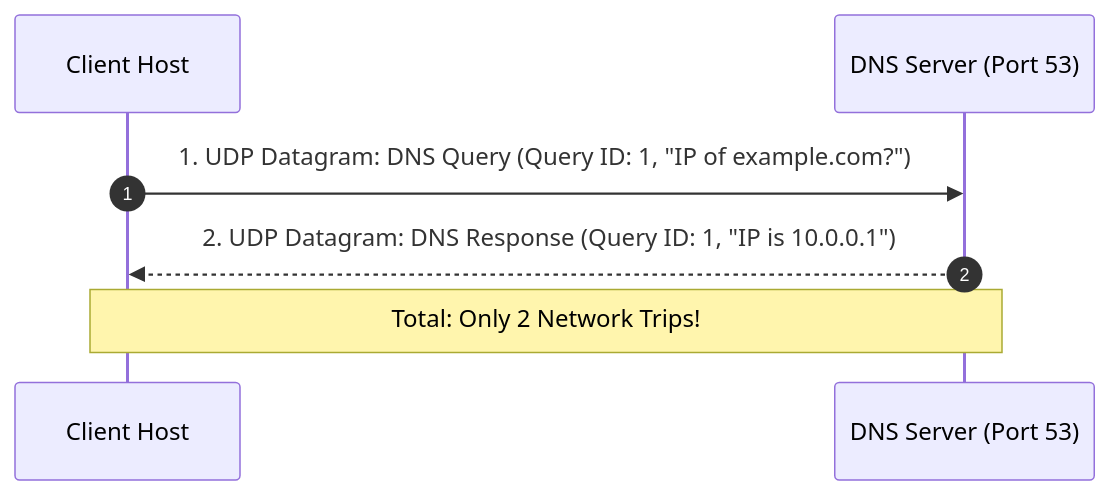
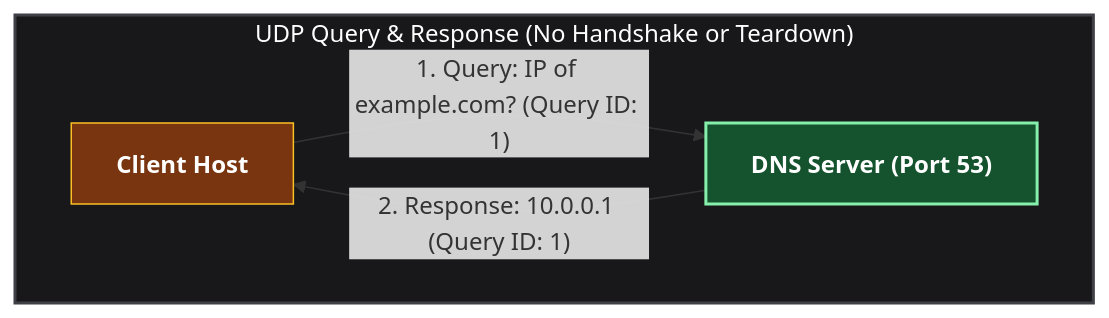
Before and after one commit to ayuslharora/blog-ayuslh: the fifth of 6 diagrams in content/posts/networking/ch13-user-datagram-protocol-udp.mdx, drawn with Mermaid. The commit also changed other lines of this file, not shown here.

Commit message:
Update DNS TCP vs UDP diagrams in Ch.13 post

````diff
--- a/content/posts/networking/ch13-user-datagram-protocol-udp.mdx
+++ b/content/posts/networking/ch13-user-datagram-protocol-udp.mdx
@@ -187,11 +201,12 @@
 ```mermaid
-sequenceDiagram
-    autonumber
-    participant Client as Client Host
-    participant DNS as DNS Server (Port 53)
+flowchart TD
+    subgraph DirectUDP ["UDP Query & Response (No Handshake or Teardown)"]
+        direction LR
+        C_UDP["<b>Client Host</b>"] -- "1. Query: IP of example.com? (Query ID: 1)" --> D_UDP["<b>DNS Server (Port 53)</b>"]
+        D_UDP -- "2. Response: 10.0.0.1 (Query ID: 1)" --> C_UDP
+    end
 
-    Client->>DNS: 1. UDP Datagram: DNS Query (Query ID: 1, "IP of example.com?")
-    DNS-->>Client: 2. UDP Datagram: DNS Response (Query ID: 1, "IP is 10.0.0.1")
-
-    Note over Client,DNS: Total: Only 2 Network Trips!
+    style DirectUDP fill:#18181b,stroke:#3f3f46,stroke-width:2px,color:#fff
+    style C_UDP fill:#78350f,stroke:#fbbf24,color:#fff
+    style D_UDP fill:#14532d,stroke:#86efac,stroke-width:2px,color:#fff
 ```
````
